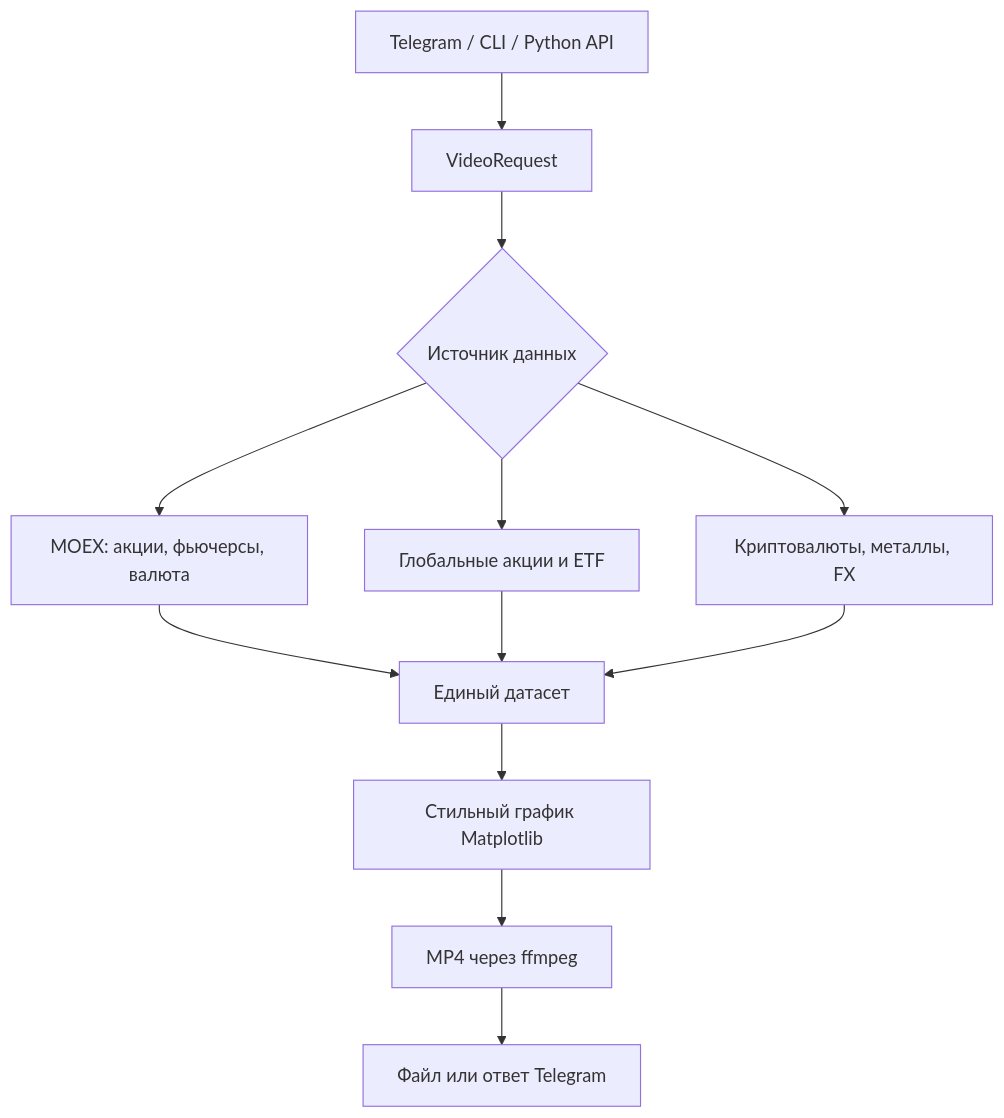
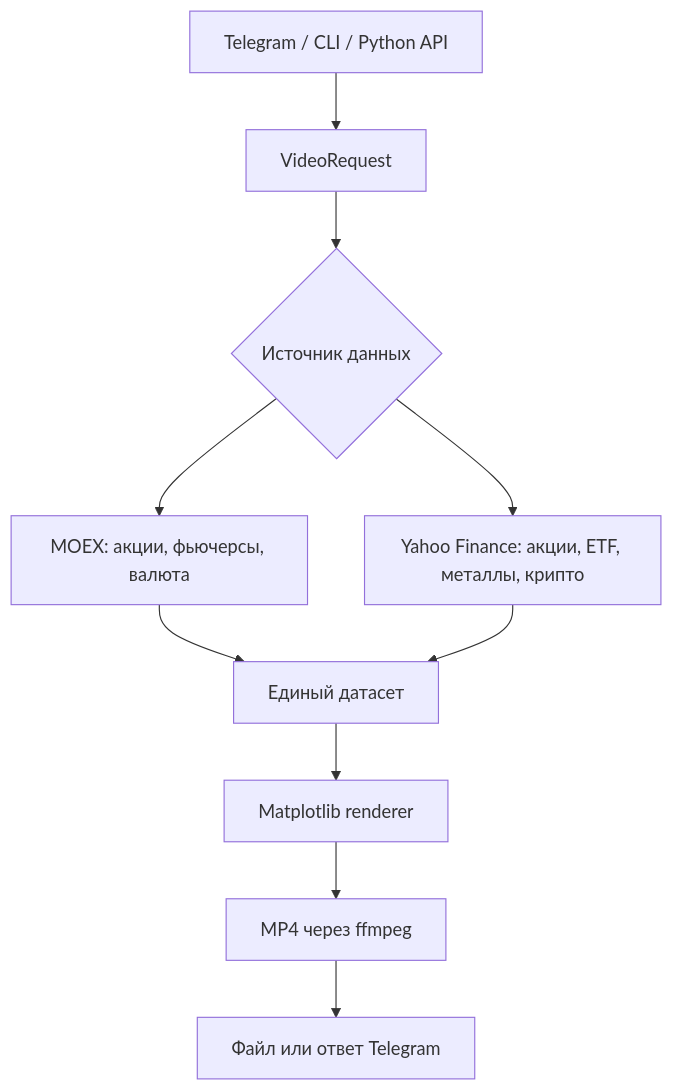
Before and after one commit to karnaksp/stock-prices: the diagram in docs/index.md, drawn with Mermaid. The commit also changed other lines of this file and 5 other files, not shown here.

````diff
--- a/docs/index.md
+++ b/docs/index.md
@@ -137,14 +116,12 @@
 ```mermaid
 flowchart TD
   User["Telegram / CLI / Python API"] --> Request["VideoRequest"]
   Request --> Sources{"Источник данных"}
   Sources --> Moex["MOEX: акции, фьючерсы, валюта"]
-  Sources --> Global["Глобальные акции и ETF"]
-  Sources --> Crypto["Криптовалюты, металлы, FX"]
+  Sources --> Global["Yahoo Finance: акции, ETF, металлы, крипто"]
   Moex --> Dataset["Единый датасет"]
   Global --> Dataset
-  Crypto --> Dataset
-  Dataset --> Render["Стильный график Matplotlib"]
+  Dataset --> Render["Matplotlib renderer"]
   Render --> Video["MP4 через ffmpeg"]
   Video --> Output["Файл или ответ Telegram"]
 ```
````
